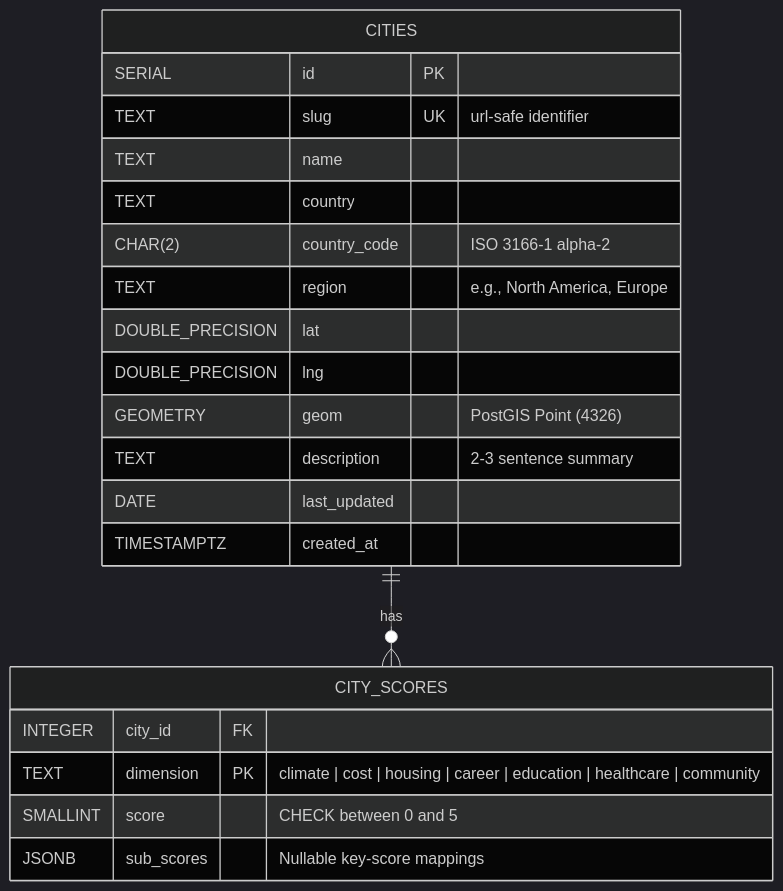
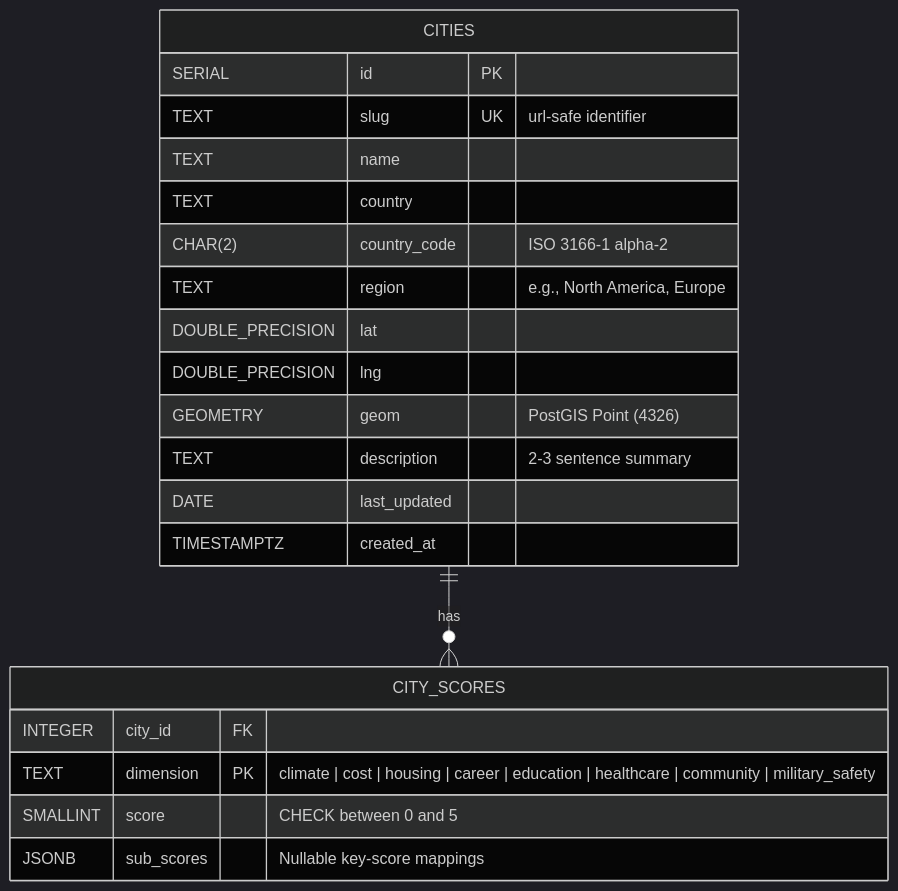
The diagram in docs/Database.md (availlogic/relocate_wise), drawn with Mermaid (dark theme) before and after one commit. The commit also changed other lines of this file and 16 other files, not shown here.

````diff
--- a/docs/Database.md
+++ b/docs/Database.md
@@ -17,25 +17,25 @@
 ```mermaid
 erDiagram
     CITIES {
         SERIAL id PK
         TEXT slug UK "url-safe identifier"
         TEXT name
         TEXT country
         CHAR(2) country_code "ISO 3166-1 alpha-2"
         TEXT region "e.g., North America, Europe"
         DOUBLE_PRECISION lat
         DOUBLE_PRECISION lng
         GEOMETRY geom "PostGIS Point (4326)"
         TEXT description "2-3 sentence summary"
         DATE last_updated
         TIMESTAMPTZ created_at
     }
     CITY_SCORES {
         INTEGER city_id FK
-        TEXT dimension PK "climate | cost | housing | career | education | healthcare | community"
+        TEXT dimension PK "climate | cost | housing | career | education | healthcare | community | military_safety"
         SMALLINT score "CHECK between 0 and 5"
         JSONB sub_scores "Nullable key-score mappings"
     }
 
     CITIES ||--o{ CITY_SCORES : "has"
 ```
````
